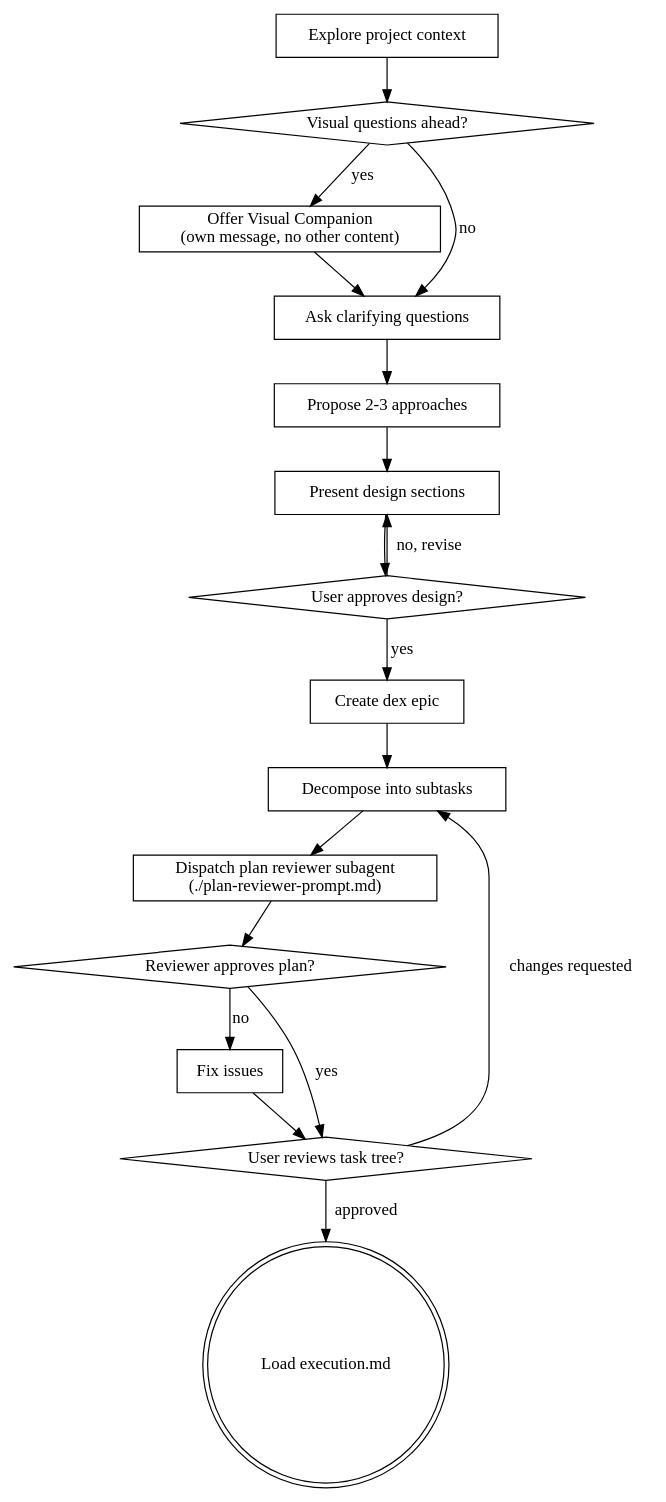
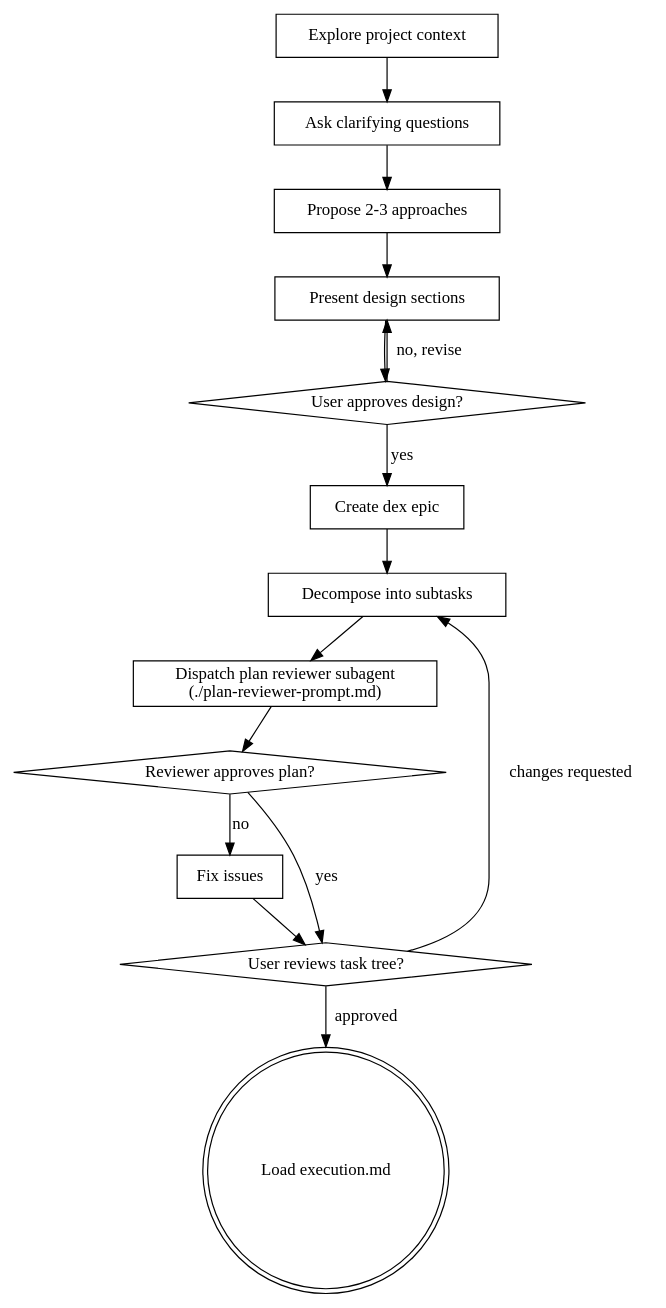
The diagram in dex-superpowers/brainstorming.md (MarcPorciuncula/skills), drawn with Graphviz before and after one commit. The commit also changed other lines of this file and 2 other files, not shown here.

First line of the commit message:
Replace browser visual companion with ASCII diagram guidance

````diff
--- a/dex-superpowers/brainstorming.md
+++ b/dex-superpowers/brainstorming.md
@@ -32,36 +31,31 @@
 ```dot
 digraph brainstorming {
     "Explore project context" [shape=box];
-    "Visual questions ahead?" [shape=diamond];
-    "Offer Visual Companion\n(own message, no other content)" [shape=box];
     "Ask clarifying questions" [shape=box];
     "Propose 2-3 approaches" [shape=box];
     "Present design sections" [shape=box];
     "User approves design?" [shape=diamond];
     "Create dex epic" [shape=box];
     "Decompose into subtasks" [shape=box];
     "Dispatch plan reviewer subagent\n(./plan-reviewer-prompt.md)" [shape=box];
     "Reviewer approves plan?" [shape=diamond];
     "Fix issues" [shape=box];
     "User reviews task tree?" [shape=diamond];
     "Load execution.md" [shape=doublecircle];
 
-    "Explore project context" -> "Visual questions ahead?";
-    "Visual questions ahead?" -> "Offer Visual Companion\n(own message, no other content)" [label="yes"];
-    "Visual questions ahead?" -> "Ask clarifying questions" [label="no"];
-    "Offer Visual Companion\n(own message, no other content)" -> "Ask clarifying questions";
+    "Explore project context" -> "Ask clarifying questions";
     "Ask clarifying questions" -> "Propose 2-3 approaches";
     "Propose 2-3 approaches" -> "Present design sections";
     "Present design sections" -> "User approves design?";
     "User approves design?" -> "Present design sections" [label="no, revise"];
     "User approves design?" -> "Create dex epic" [label="yes"];
     "Create dex epic" -> "Decompose into subtasks";
     "Decompose into subtasks" -> "Dispatch plan reviewer subagent\n(./plan-reviewer-prompt.md)";
     "Dispatch plan reviewer subagent\n(./plan-reviewer-prompt.md)" -> "Reviewer approves plan?";
     "Reviewer approves plan?" -> "Fix issues" [label="no"];
     "Fix issues" -> "User reviews task tree?";
     "Reviewer approves plan?" -> "User reviews task tree?" [label="yes"];
     "User reviews task tree?" -> "Decompose into subtasks" [label="changes requested"];
     "User reviews task tree?" -> "Load execution.md" [label="approved"];
 }
 ```
````
